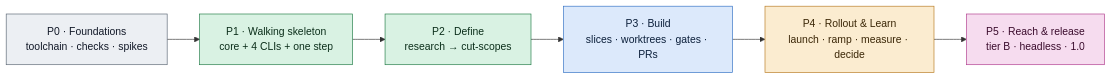
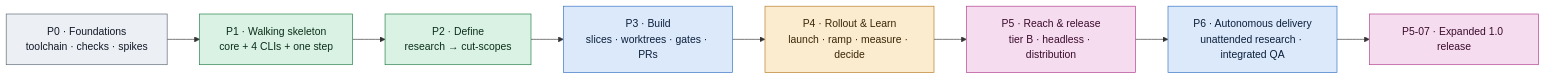
The diagram in roadmap/README.md (dreamingechoes/wholeloop), drawn with Mermaid before and after one commit. The commit also changed other lines of this file and 25 other files, not shown here.

First line of the commit message:
docs(roadmap): define expanded v1 autonomous delivery

````diff
--- a/roadmap/README.md
+++ b/roadmap/README.md
@@ -11,13 +19,15 @@
 ```mermaid
 flowchart LR
   P0["P0 · Foundations<br/>toolchain · checks · spikes"]:::core --> P1["P1 · Walking skeleton<br/>core + 4 CLIs + one step"]:::define
   P1 --> P2["P2 · Define<br/>research → cut-scopes"]:::define
   P2 --> P3["P3 · Build<br/>slices · worktrees · gates · PRs"]:::build
   P3 --> P4["P4 · Rollout & Learn<br/>launch · ramp · measure · decide"]:::rollout
-  P4 --> P5["P5 · Reach & release<br/>tier B · headless · 1.0"]:::learn
+  P4 --> P5["P5 · Reach & release<br/>tier B · headless · distribution"]:::learn
+  P5 --> P6["P6 · Autonomous delivery<br/>unattended research · integrated QA"]:::build
+  P6 --> V1["P5-07 · Expanded 1.0 release"]:::learn
   classDef core fill:#eceff3,stroke:#5b6573,color:#111827;
   classDef define fill:#d9f2e3,stroke:#1f7a45,color:#0b2e1a;
   classDef build fill:#dce9fb,stroke:#2f6fc4,color:#0b1f3a;
   classDef rollout fill:#fbecd0,stroke:#b7791f,color:#3a2606;
   classDef learn fill:#f6dcef,stroke:#b03a8c,color:#3a0b2c;
 ```
````
